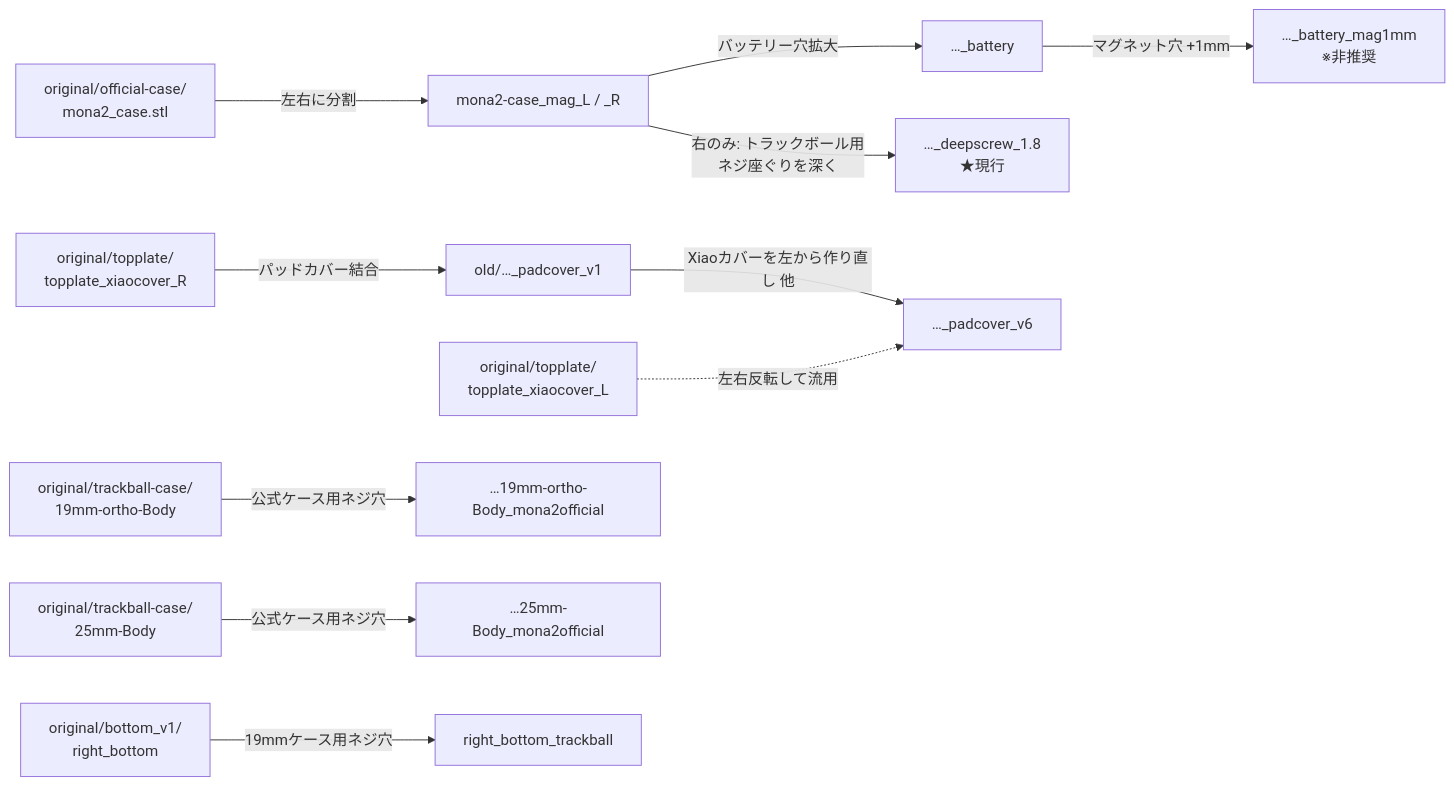
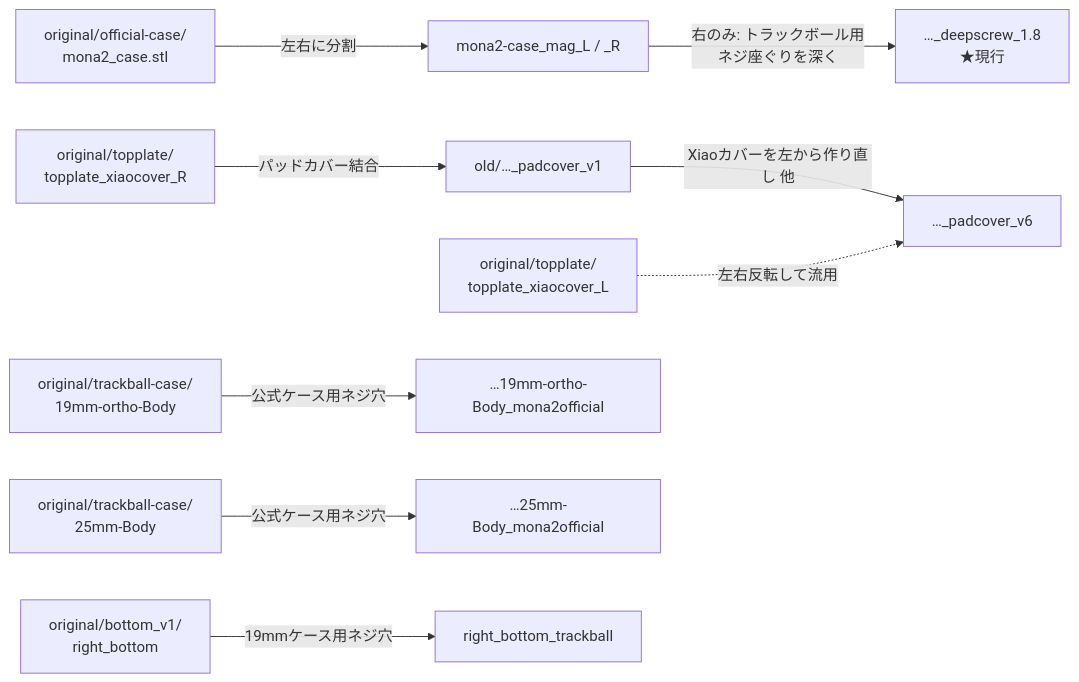
The diagram in model/README.md (dgarai/zmk-config-moNa2-paw3222), drawn with Mermaid before and after one commit. The commit also changed other lines of this file and 6 other files, not shown here.

First line of the commit message:
使っていない _battery / _battery_mag1mm 系のケースを削除

````diff
--- a/model/README.md
+++ b/model/README.md
@@ -39,16 +39,14 @@
 ```mermaid
 flowchart LR
   OC[original/official-case/<br>mona2_case.stl] -->|左右に分割| MAG[mona2-case_mag_L / _R]
-  MAG -->|バッテリー穴拡大| BAT[…_battery]
-  BAT -->|マグネット穴 +1mm| M1[…_battery_mag1mm<br>※非推奨]
   MAG -->|右のみ: トラックボール用<br>ネジ座ぐりを深く| DS[…_deepscrew_1.8<br>★現行]
 
   TPR[original/topplate/<br>topplate_xiaocover_R] -->|パッドカバー結合| P1[old/…_padcover_v1]
   P1 -->|Xiaoカバーを左から作り直し 他| P6[…_padcover_v6]
   TPL[original/topplate/<br>topplate_xiaocover_L] -.->|左右反転して流用| P6
 
   T19[original/trackball-case/<br>19mm-ortho-Body] -->|公式ケース用ネジ穴| T19O[…19mm-ortho-Body_mona2official]
   T25[original/trackball-case/<br>25mm-Body] -->|公式ケース用ネジ穴| T25O[…25mm-Body_mona2official]
 
   B1[original/bottom_v1/<br>right_bottom] -->|19mmケース用ネジ穴| RBT[right_bottom_trackball]
 ```
````
